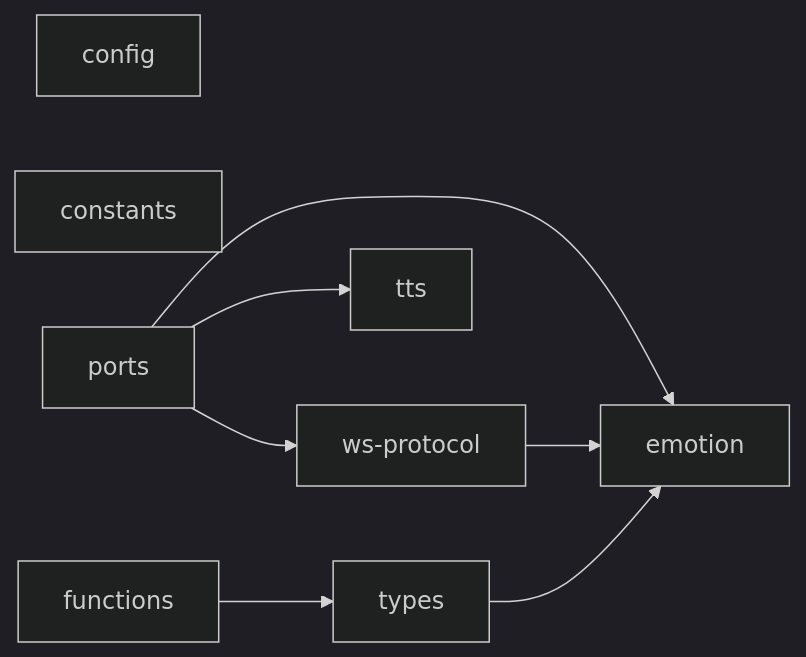
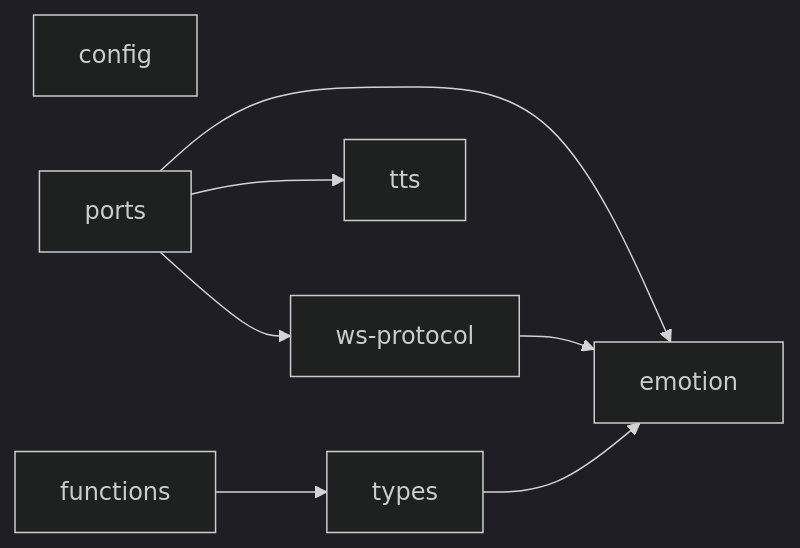
Before and after one commit to OJII3/vicissitude: the diagram in packages/shared/DEPS.md, drawn with Mermaid (dark theme). The commit also changed other lines of this file and 11 other files, not shown here.

````diff
--- a/packages/shared/DEPS.md
+++ b/packages/shared/DEPS.md
@@ -7,13 +7,12 @@
 ```mermaid
 graph LR
   config
-  constants
   emotion
   functions --> types
   ports --> emotion
   ports --> tts
   ports --> ws_protocol["ws-protocol"]
   tts
   types --> emotion
   ws_protocol["ws-protocol"] --> emotion
 ```
````
